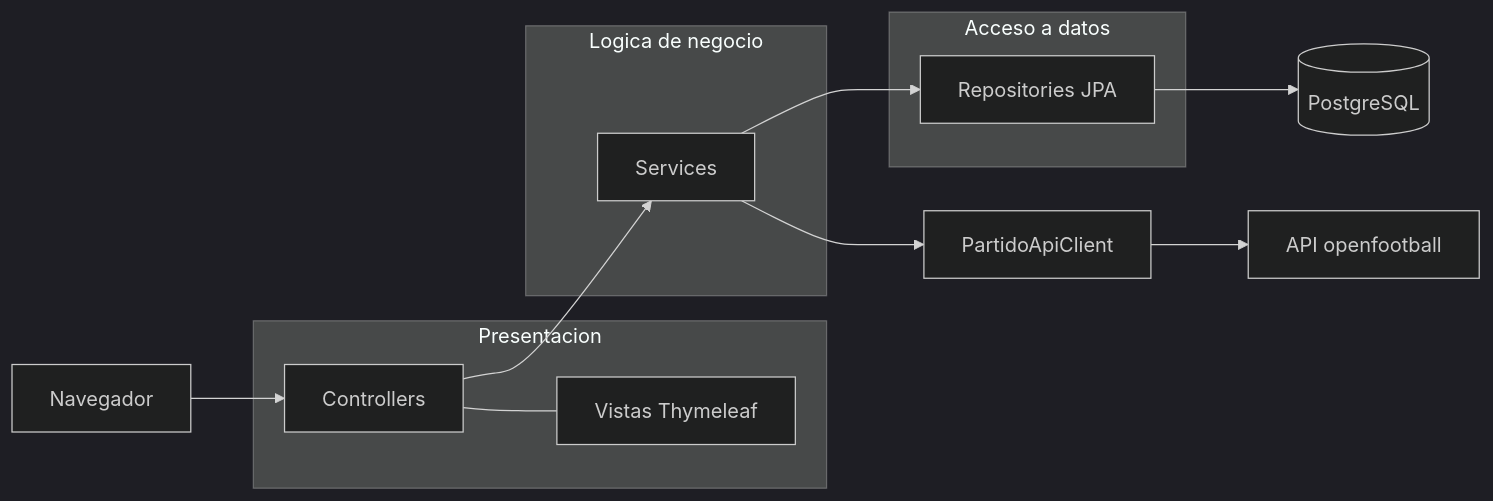
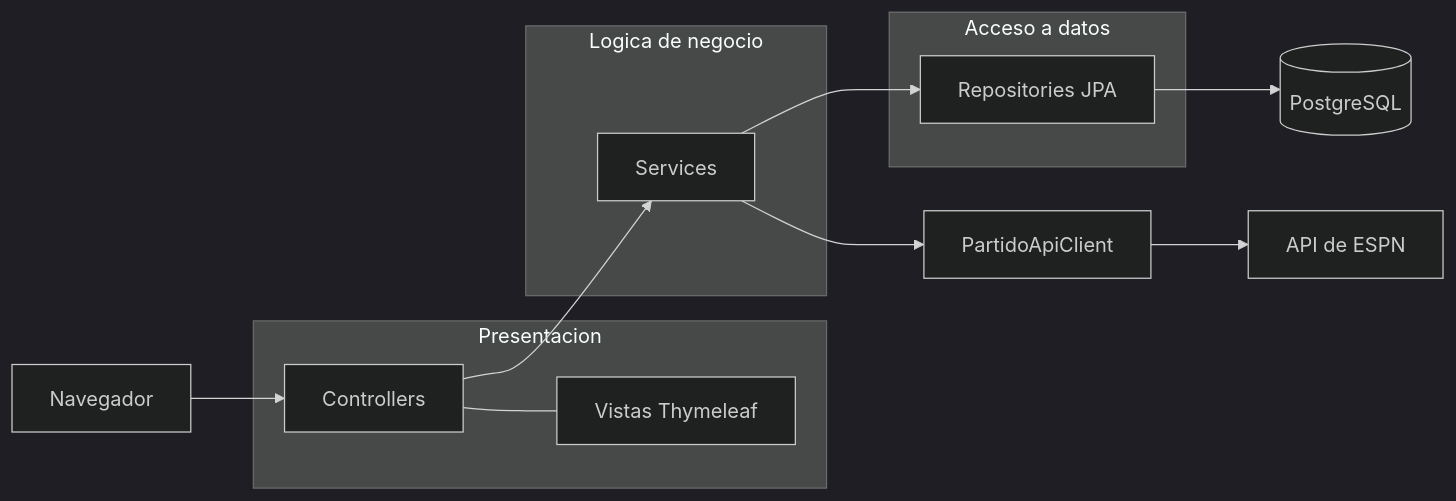
The first of 2 diagrams in README.md (Raith726/DS-lab5), drawn with Mermaid (dark theme) before and after one commit. The commit also changed other lines of this file and 29 other files, not shown here.

Commit message:
Partidos reales de 2026/27 con API de ESPN y analisis de foto con Gemini

````diff
--- a/README.md
+++ b/README.md
@@ -18,15 +18,15 @@
 ```mermaid
 flowchart LR
     U[Navegador] --> C
     subgraph Presentacion
         C[Controllers] --- V[Vistas Thymeleaf]
     end
     subgraph Logica de negocio
         S[Services]
     end
     subgraph Acceso a datos
         R[Repositories JPA]
     end
     C --> S --> R --> DB[(PostgreSQL)]
-    S --> A[PartidoApiClient] --> API[API openfootball]
+    S --> A[PartidoApiClient] --> API[API de ESPN]
 ```
````
